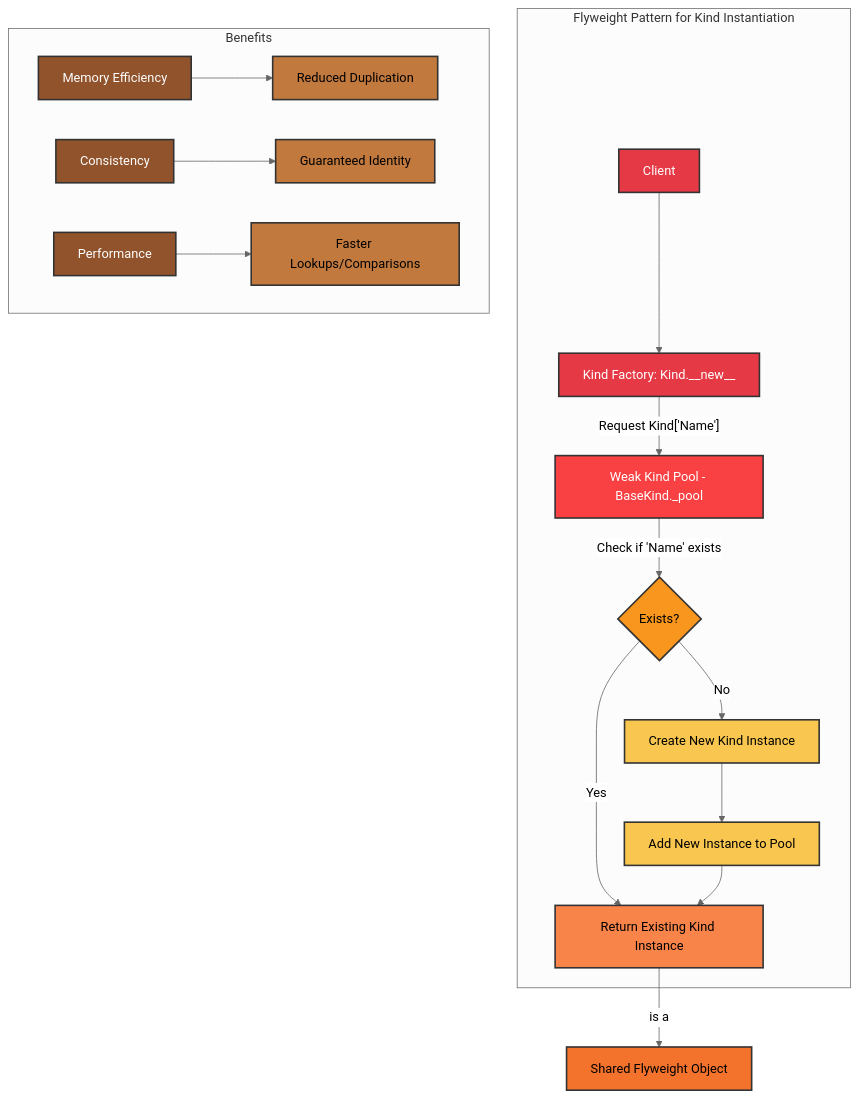
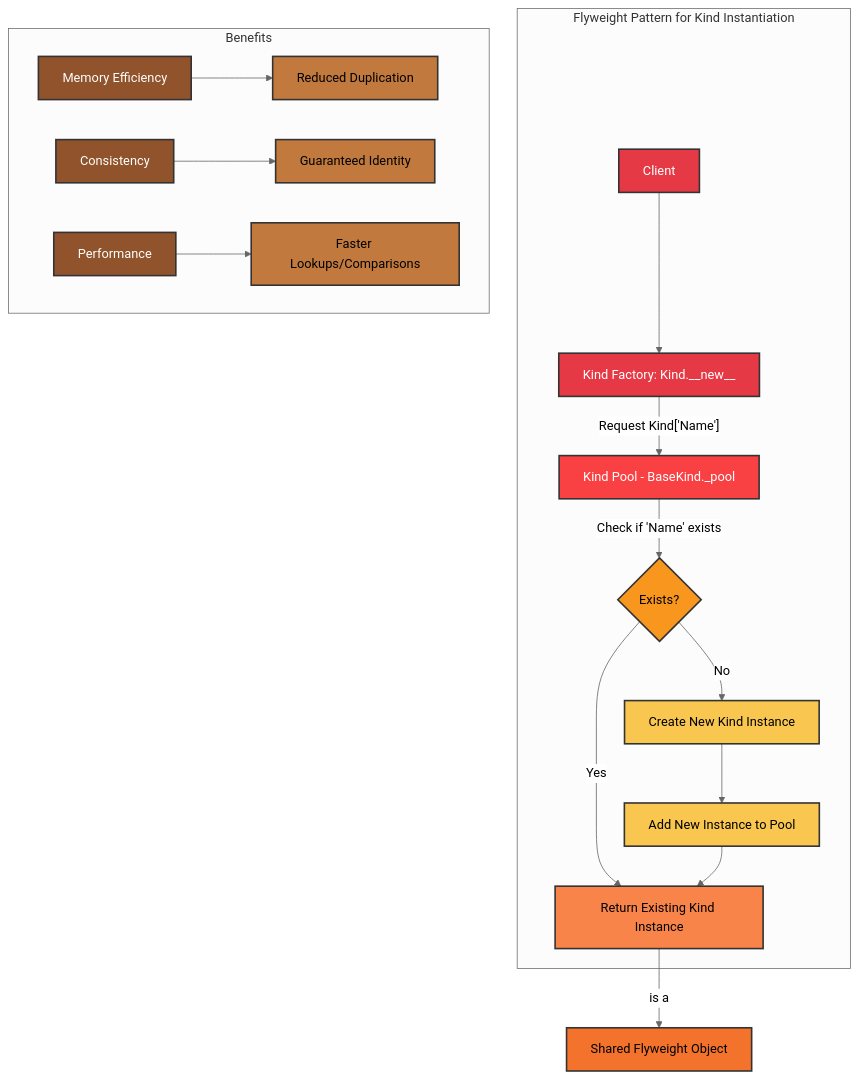
One commit to ikko/kind changed the diagram in docs/topics/2_flyweight_design/flyweight_pattern.mmd. Above: the diagram before and after it, drawn with Mermaid (neutral theme). The commit also changed 38 other files, not shown here.

First line of the commit message:
A name lives until it is deleted; equal values are one Kind; time views say what they return

```diff
--- a/docs/topics/2_flyweight_design/flyweight_pattern.mmd
+++ b/docs/topics/2_flyweight_design/flyweight_pattern.mmd
@@ -1,36 +1,36 @@
 graph TB
     subgraph "Flyweight Pattern for Kind Instantiation"
         A[Client] --> B[Kind Factory: Kind.__new__];
-        B -- "Request Kind['Name']" --> C[Weak Kind Pool - BaseKind._pool];
+        B -- "Request Kind['Name']" --> C[Kind Pool - BaseKind._pool];
         C -- "Check if 'Name' exists" --> D{Exists?};
         D -- "Yes" --> E[Return Existing Kind Instance];
         D -- "No" --> F[Create New Kind Instance];
         F --> G[Add New Instance to Pool];
         G --> E;
     end
 
     subgraph "Benefits"
         H[Memory Efficiency] --> I[Reduced Duplication];
         J[Consistency] --> K[Guaranteed Identity];
         L[Performance] --> M[Faster Lookups/Comparisons];
     end
 
     E -- "is a" --> N[Shared Flyweight Object];
 
     %% Main process flow - warm red/orange tones
     style A fill:#e63946,stroke:#333,stroke-width:2px,color:#FFFFFF;
     style B fill:#e63946,stroke:#333,stroke-width:2px,color:#FFFFFF;
     style C fill:#f94144,stroke:#333,stroke-width:2px,color:#FFFFFF;
     style D fill:#f8961e,stroke:#333,stroke-width:2px,color:#000000;
     style E fill:#f9844a,stroke:#333,stroke-width:2px,color:#000000;
     style F fill:#f9c74f,stroke:#333,stroke-width:2px,color:#000000;
     style G fill:#f9c74f,stroke:#333,stroke-width:2px,color:#000000;
     style N fill:#f3722c,stroke:#333,stroke-width:2px,color:#000000;
 
     %% Benefits section - warm purple/brown tones
     style H fill:#90532b,stroke:#333,stroke-width:2px,color:#FFFFFF;
     style I fill:#c1793e,stroke:#333,stroke-width:2px,color:#000000;
     style J fill:#90532b,stroke:#333,stroke-width:2px,color:#FFFFFF;
     style K fill:#c1793e,stroke:#333,stroke-width:2px,color:#000000;
     style L fill:#90532b,stroke:#333,stroke-width:2px,color:#FFFFFF;
     style M fill:#c1793e,stroke:#333,stroke-width:2px,color:#000000;
```
